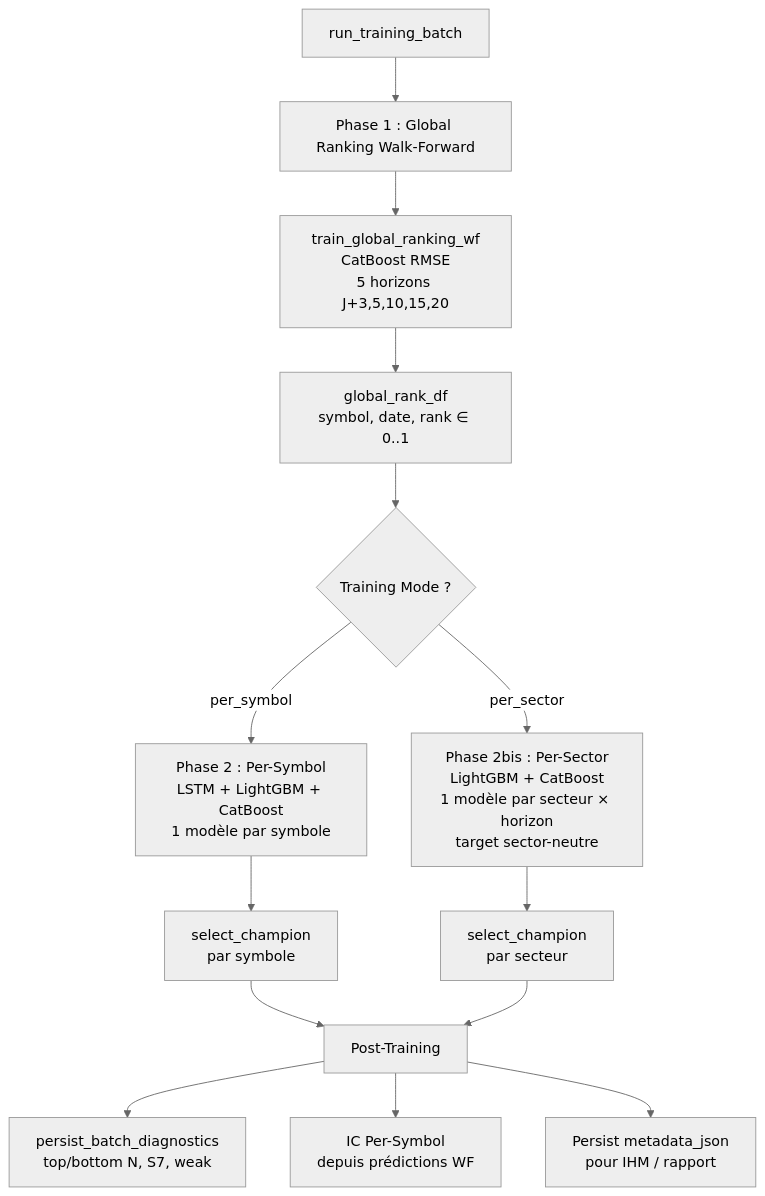
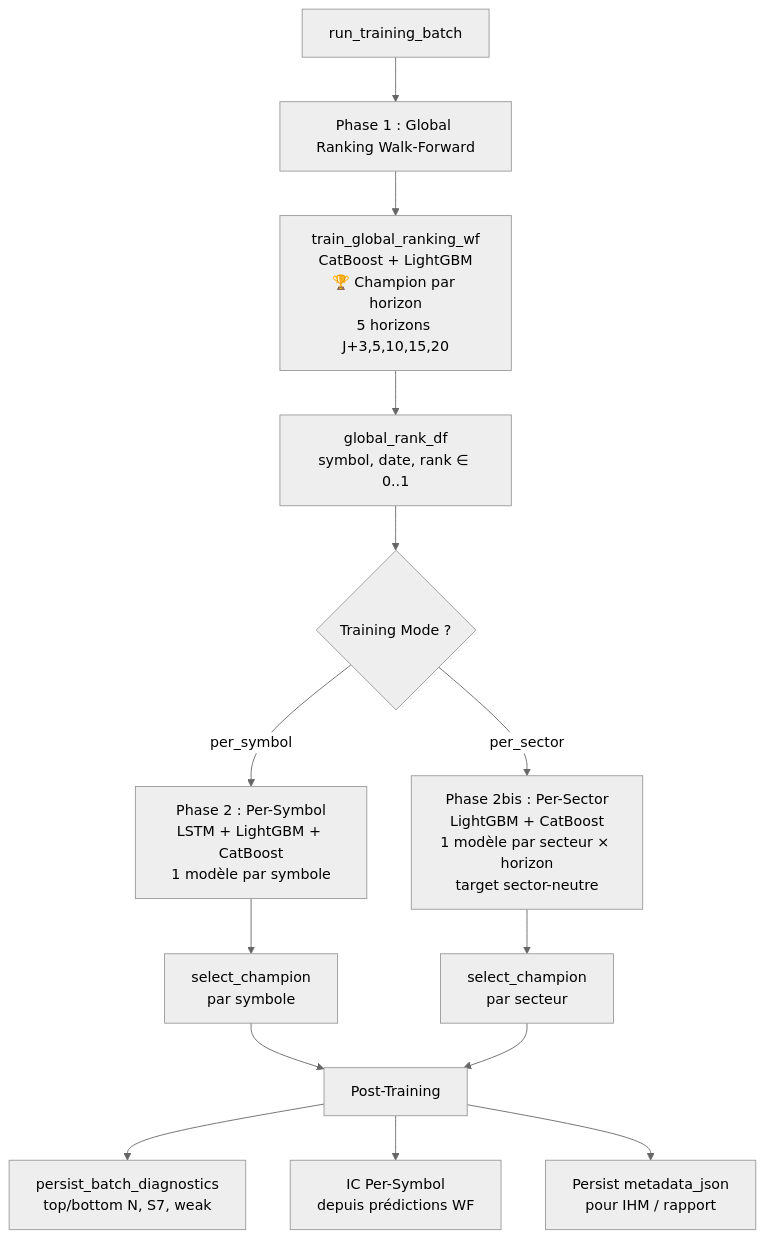
The diagram in doc/module_model_factory.md (mli2000fr/alpha_trade), drawn with Mermaid (neutral theme) before and after one commit. The commit also changed other lines of this file and 10 other files, not shown here.

````diff
--- a/doc/module_model_factory.md
+++ b/doc/module_model_factory.md
@@ -68,19 +70,19 @@
 ```mermaid
 flowchart TD
     A[run_training_batch] --> B[Phase 1 : Global Ranking Walk-Forward]
-    B --> B1[train_global_ranking_wf<br/>CatBoost RMSE<br/>5 horizons J+3,5,10,15,20]
+    B --> B1[train_global_ranking_wf<br/>CatBoost + LightGBM<br/>🏆 Champion par horizon<br/>5 horizons J+3,5,10,15,20]
     B1 --> B2[global_rank_df<br/>symbol, date, rank ∈ 0..1]
     
     B2 --> C{Training Mode ?}
     C -->|per_symbol| D[Phase 2 : Per-Symbol<br/>LSTM + LightGBM + CatBoost<br/>1 modèle par symbole]
     C -->|per_sector| D2[Phase 2bis : Per-Sector<br/>LightGBM + CatBoost<br/>1 modèle par secteur × horizon<br/>target sector-neutre]
     
     D --> E2[select_champion<br/>par symbole]
     D2 --> E3[select_champion<br/>par secteur]
     
     E2 --> F[Post-Training]
     E3 --> F
     F --> F1[persist_batch_diagnostics<br/>top/bottom N, S7, weak]
     F --> F2[IC Per-Symbol<br/>depuis prédictions WF]
     F --> F3[Persist metadata_json<br/>pour IHM / rapport]
 ```
````
